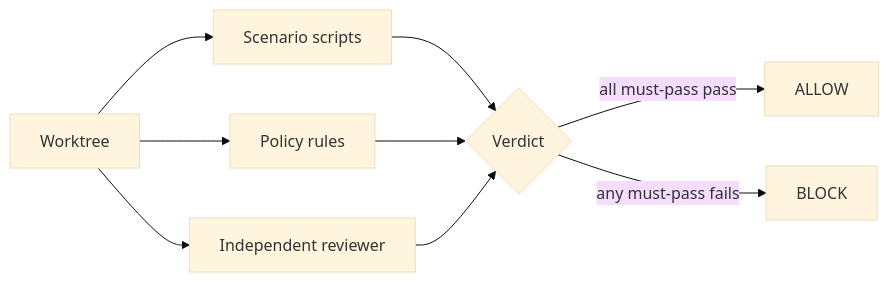
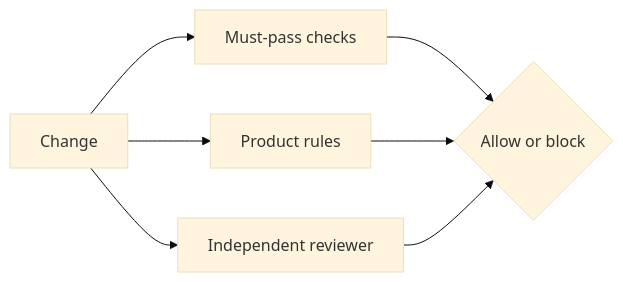
Before and after one commit to michaelatamuk/openjiuwen-works: the seventh of 11 diagrams in docs/guides/how-a-fix-flows.md, drawn with Mermaid (base theme). The commit also changed other lines of this file and 47 other files, not shown here.

````diff
--- a/docs/guides/how-a-fix-flows.md
+++ b/docs/guides/how-a-fix-flows.md
@@ -129,11 +129,9 @@
 ```mermaid
 flowchart LR
-    W[Worktree] --> S[Scenario scripts]
-    W --> P[Policy rules]
+    W[Change] --> S[Must-pass checks]
+    W --> P[Product rules]
     W --> R[Independent reviewer]
-    S --> V{Verdict}
+    S --> V{Allow or block}
     P --> V
     R --> V
-    V -->|all must-pass pass| A[ALLOW]
-    V -->|any must-pass fails| B[BLOCK]
 ```
````
